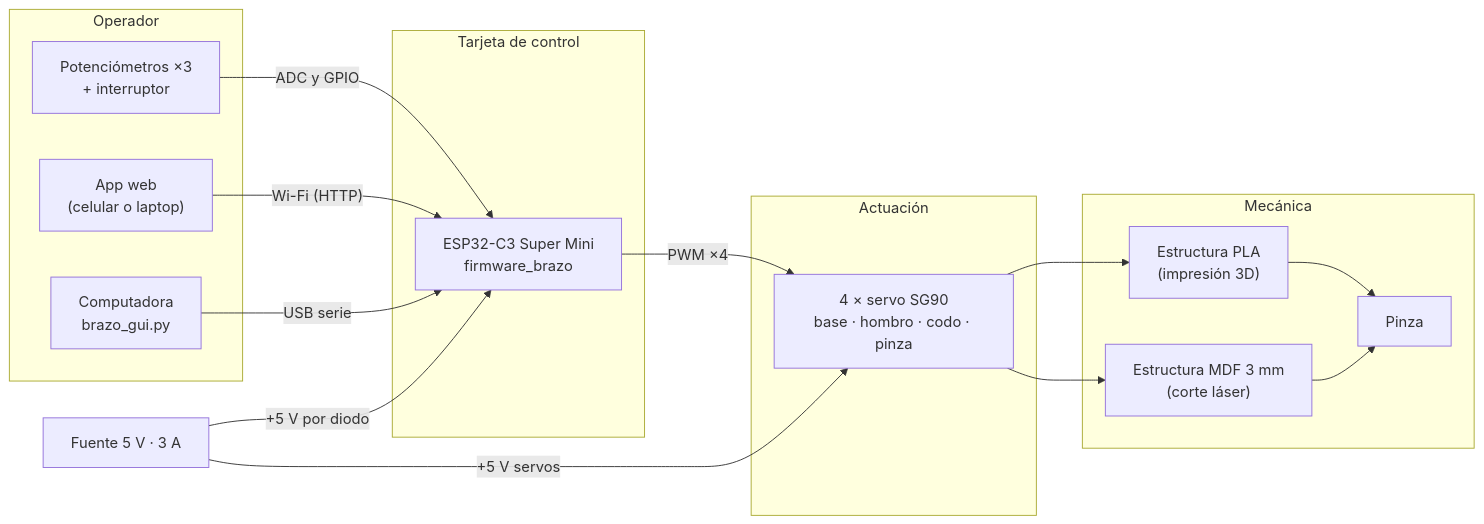
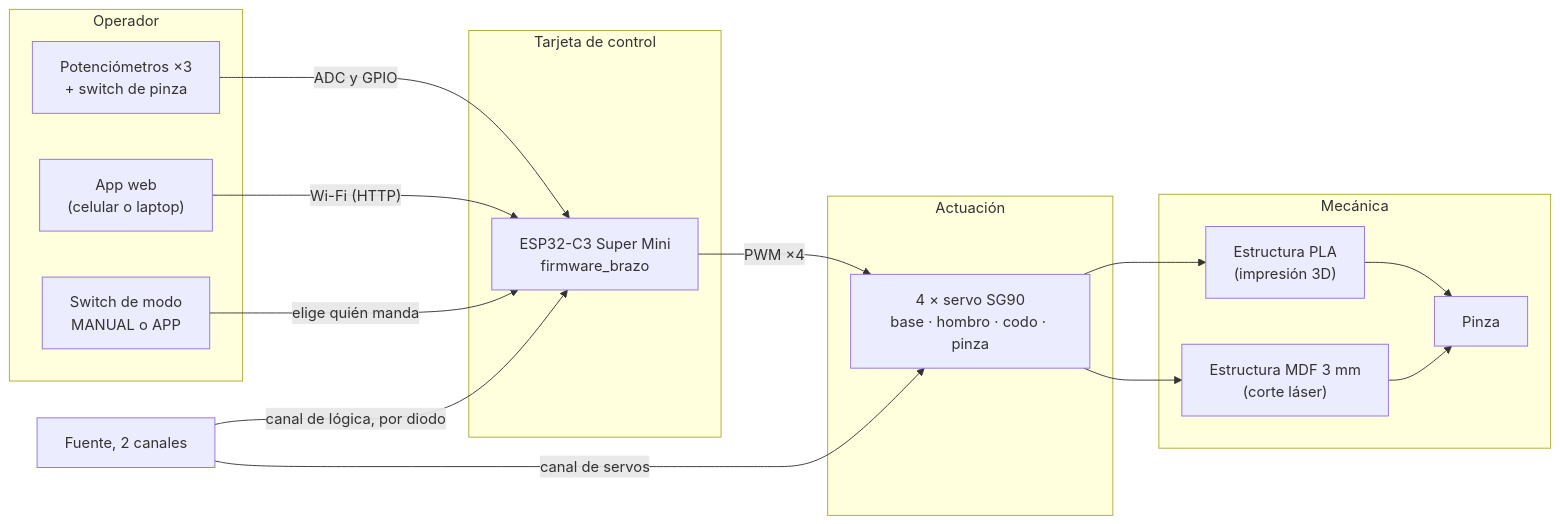
The diagram in brazos/index.md (sebastiux/portafolio-just-the-docs), drawn with Mermaid before and after one commit. The commit also changed other lines of this file and 4 other files, not shown here.

````diff
--- a/brazos/index.md
+++ b/brazos/index.md
@@ -147,30 +147,30 @@
 ```mermaid
 flowchart LR
   subgraph OP["Operador"]
-    MAN["Potenciómetros ×3<br/>+ interruptor"]
+    MAN["Potenciómetros ×3<br/>+ switch de pinza"]
     APP["App web<br/>(celular o laptop)"]
-    PC["Computadora<br/>brazo_gui.py"]
+    SEL["Switch de modo<br/>MANUAL o APP"]
   end
   subgraph CTRL["Tarjeta de control"]
     ESP["ESP32-C3 Super Mini<br/>firmware_brazo"]
   end
   subgraph ACT["Actuación"]
     S["4 × servo SG90<br/>base · hombro · codo · pinza"]
   end
   subgraph MEC["Mecánica"]
     E1["Estructura PLA<br/>(impresión 3D)"]
     E2["Estructura MDF 3 mm<br/>(corte láser)"]
     P["Pinza"]
   end
-  ALI["Fuente 5 V · 3 A"]
+  ALI["Fuente, 2 canales"]
   MAN -- "ADC y GPIO" --> ESP
   APP -- "Wi-Fi (HTTP)" --> ESP
-  PC -- "USB serie" --> ESP
+  SEL -- "elige quién manda" --> ESP
   ESP -- "PWM ×4" --> S
   S --> E1
   S --> E2
   E1 --> P
   E2 --> P
-  ALI -- "+5 V servos" --> S
-  ALI -- "+5 V por diodo" --> ESP
+  ALI -- "canal de servos" --> S
+  ALI -- "canal de lógica, por diodo" --> ESP
 ```
````
